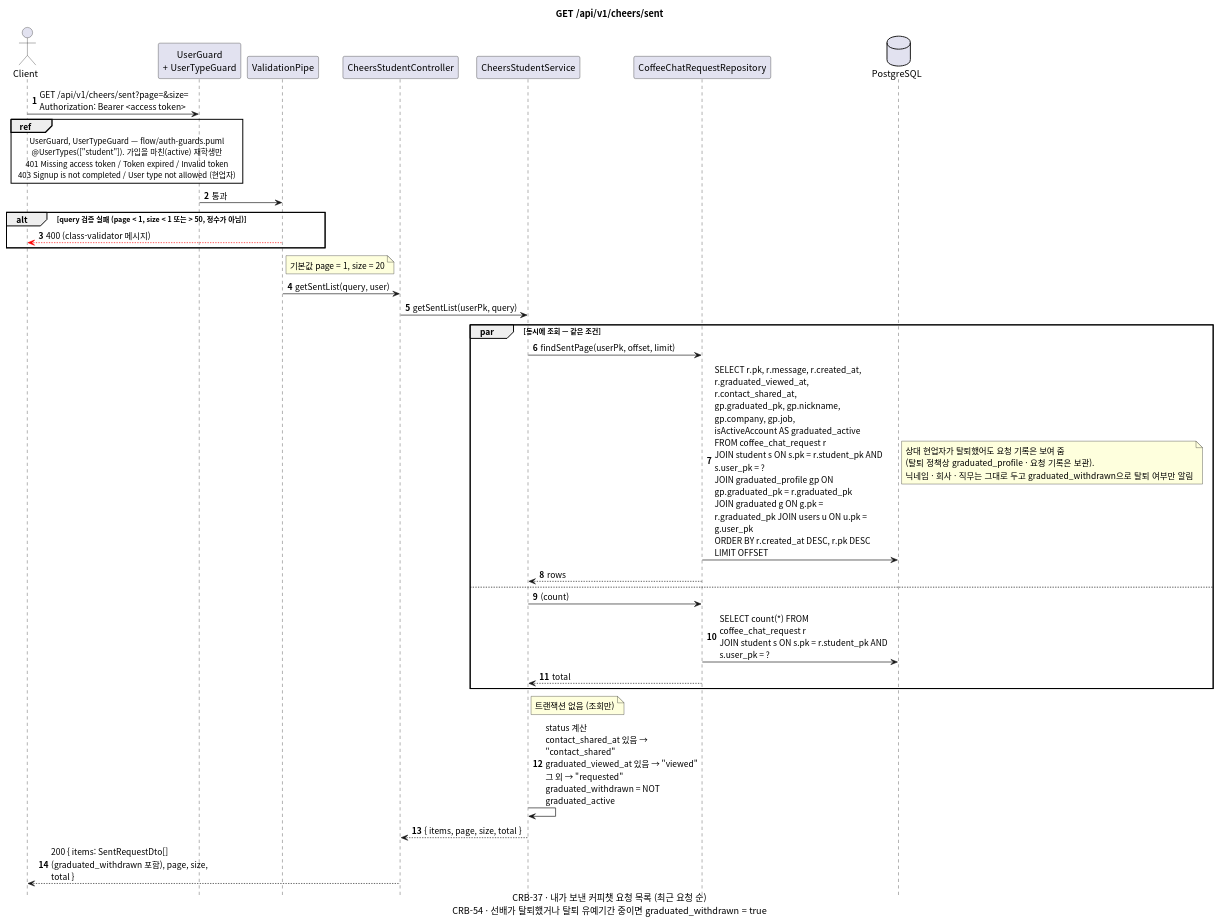
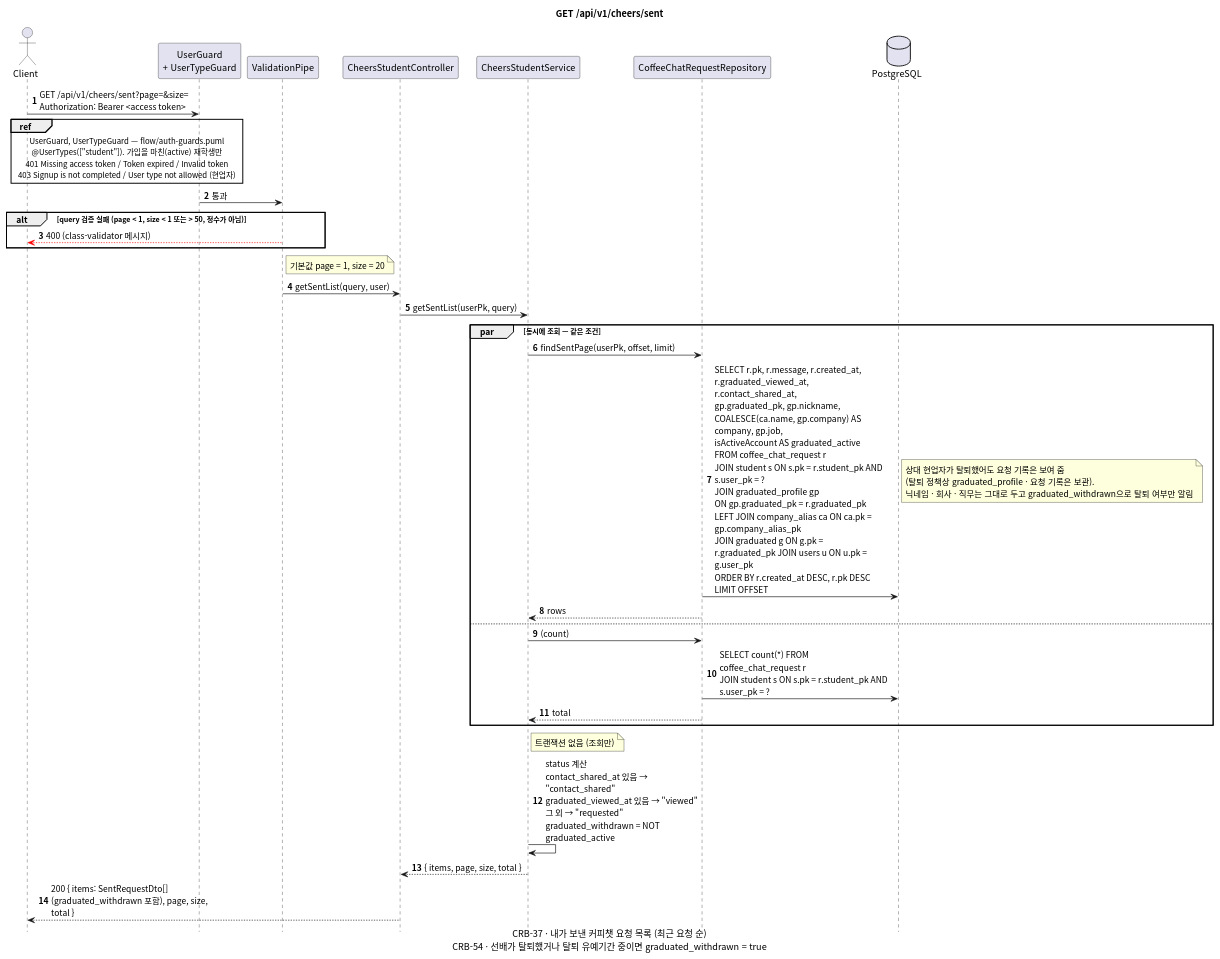
Before and after one commit to gsainfoteam/cheers-be: the diagram in docs/sequence/cheers/get-cheers-sent.puml, drawn with PlantUML. The commit also changed 18 other files, not shown here.

Commit message:
- docs: add company sequence diagrams (CRB-68)

```diff
--- a/docs/sequence/cheers/get-cheers-sent.puml
+++ b/docs/sequence/cheers/get-cheers-sent.puml
@@ -1,57 +1,57 @@
 @startuml get-cheers-sent
 skinparam defaultFontName "Apple SD Gothic Neo", "Noto Sans CJK KR", sans-serif
 skinparam responseMessageBelowArrow true
 skinparam sequenceMessageAlign left
 skinparam maxMessageSize 260
 skinparam BoxPadding 8
 skinparam shadowing false
 autonumber
 hide footbox
 
 title GET /api/v1/cheers/sent
 caption CRB-37 · 내가 보낸 커피챗 요청 목록 (최근 요청 순)\nCRB-54 · 선배가 탈퇴했거나 탈퇴 유예기간 중이면 graduated_withdrawn = true
 
 actor Client
 participant "UserGuard\n+ UserTypeGuard" as Guard
 participant "ValidationPipe" as Pipe
 participant "CheersStudentController" as Controller
 participant "CheersStudentService" as Service
 participant "CoffeeChatRequestRepository" as CoffeeChatRequestRepository
 database PostgreSQL
 
 Client -> Guard: GET /api/v1/cheers/sent?page=&size=\nAuthorization: Bearer <access token>
 ref over Client, Guard
   UserGuard, UserTypeGuard — flow/auth-guards.puml
   @UserTypes(["student"]). 가입을 마친(active) 재학생만
   401 Missing access token / Token expired / Invalid token
   403 Signup is not completed / User type not allowed (현업자)
 end ref
 Guard -> Pipe: 통과
 alt query 검증 실패 (page < 1, size < 1 또는 > 50, 정수가 아님)
   Pipe -[#red]-> Client: 400 (class-validator 메시지)
 end
 note right of Pipe: 기본값 page = 1, size = 20
 Pipe -> Controller: getSentList(query, user)
 Controller -> Service: getSentList(userPk, query)
 
 par 동시에 조회 — 같은 조건
   Service -> CoffeeChatRequestRepository: findSentPage(userPk, offset, limit)
-  CoffeeChatRequestRepository -> PostgreSQL: SELECT r.pk, r.message, r.created_at,\nr.graduated_viewed_at, r.contact_shared_at,\ngp.graduated_pk, gp.nickname, gp.company, gp.job,\nisActiveAccount AS graduated_active\nFROM coffee_chat_request r\nJOIN student s ON s.pk = r.student_pk AND s.user_pk = ?\nJOIN graduated_profile gp ON gp.graduated_pk = r.graduated_pk\nJOIN graduated g ON g.pk = r.graduated_pk JOIN users u ON u.pk = g.user_pk\nORDER BY r.created_at DESC, r.pk DESC LIMIT OFFSET
+  CoffeeChatRequestRepository -> PostgreSQL: SELECT r.pk, r.message, r.created_at,\nr.graduated_viewed_at, r.contact_shared_at,\ngp.graduated_pk, gp.nickname, COALESCE(ca.name, gp.company) AS company, gp.job,\nisActiveAccount AS graduated_active\nFROM coffee_chat_request r\nJOIN student s ON s.pk = r.student_pk AND s.user_pk = ?\nJOIN graduated_profile gp\nON gp.graduated_pk = r.graduated_pk\nLEFT JOIN company_alias ca ON ca.pk = gp.company_alias_pk\nJOIN graduated g ON g.pk = r.graduated_pk JOIN users u ON u.pk = g.user_pk\nORDER BY r.created_at DESC, r.pk DESC LIMIT OFFSET
   note right
     상대 현업자가 탈퇴했어도 요청 기록은 보여 줌
     (탈퇴 정책상 graduated_profile · 요청 기록은 보관).
     닉네임 · 회사 · 직무는 그대로 두고 graduated_withdrawn으로 탈퇴 여부만 알림
   end note
   CoffeeChatRequestRepository --> Service: rows
 else
   Service -> CoffeeChatRequestRepository: (count)
   CoffeeChatRequestRepository -> PostgreSQL: SELECT count(*) FROM coffee_chat_request r\nJOIN student s ON s.pk = r.student_pk AND s.user_pk = ?
   CoffeeChatRequestRepository --> Service: total
 end
 note right of Service: 트랜잭션 없음 (조회만)
 
 Service -> Service: status 계산\ncontact_shared_at 있음 → "contact_shared"\ngraduated_viewed_at 있음 → "viewed"\n그 외 → "requested"\ngraduated_withdrawn = NOT graduated_active
 Service --> Controller: { items, page, size, total }
 Controller --> Client: 200 { items: SentRequestDto[] (graduated_withdrawn 포함), page, size, total }
 
 @enduml
```
